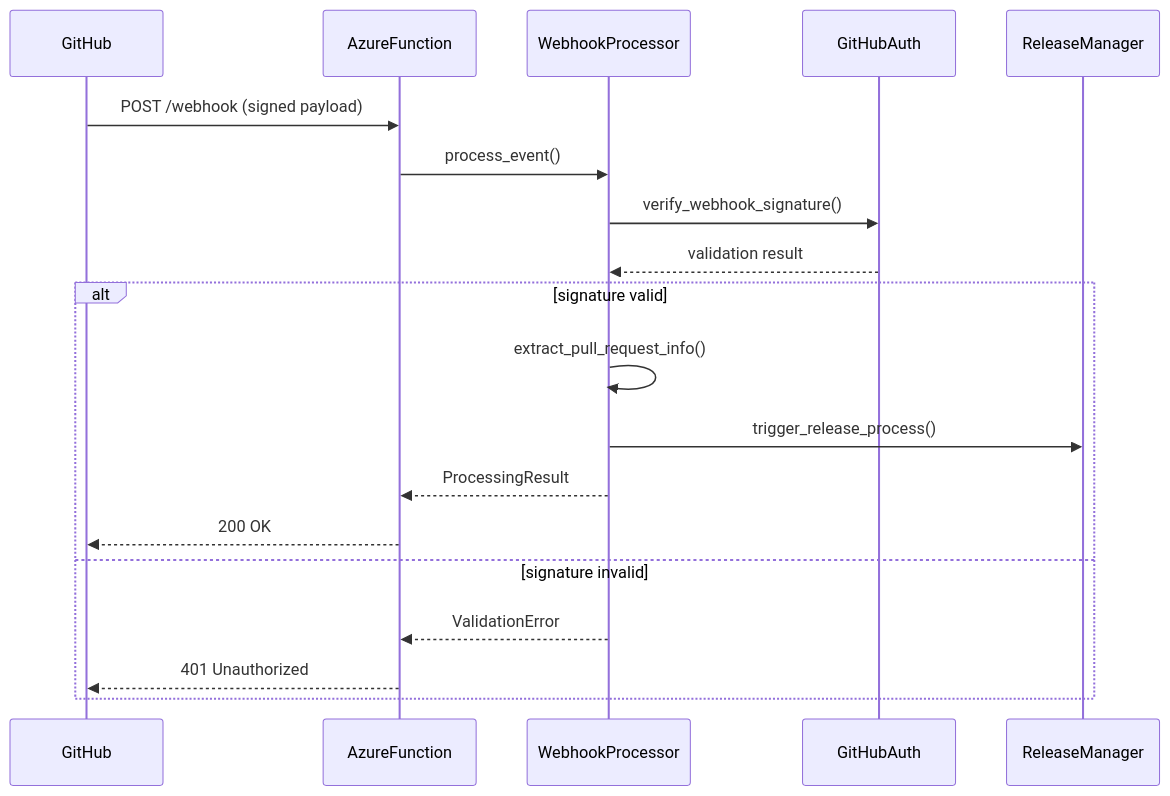
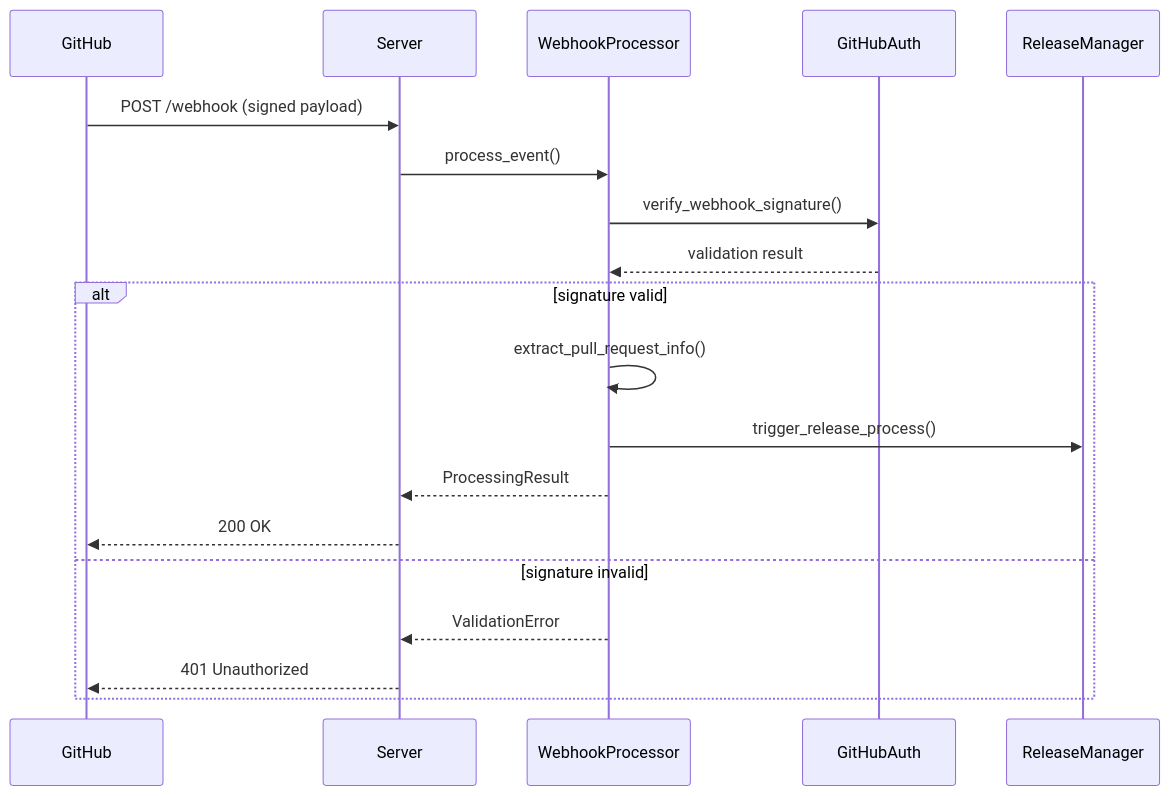
Before and after one commit to pvandervelde/release_regent: the diagram in docs/webhook-integration.md, drawn with Mermaid. The commit also changed 2 other files, not shown here.

Commit message:
docs(server): fix remaining Azure Function references missed in rename
Address PR review comments:
- webhook-integration.md: rename Mermaid diagram participants from
  AzureFunction to Server throughout the sequence diagram
- README.md: update 'Azure Functions Integration' feature bullet,
  Publication Model note, and In Progress roadmap entry to reflect
  server/HTTP server naming
- ci.yml: update commented deploy block description, step name, and
  binary reference from az_handler to rr-server

(auto via agent)

````diff
--- a/docs/webhook-integration.md
+++ b/docs/webhook-integration.md
@@ -24,23 +24,23 @@
 ```mermaid
 sequenceDiagram
     participant GitHub
-    participant AzureFunction
+    participant Server
     participant WebhookProcessor
     participant GitHubAuth
     participant ReleaseManager
 
-    GitHub->>AzureFunction: POST /webhook (signed payload)
-    AzureFunction->>WebhookProcessor: process_event()
+    GitHub->>Server: POST /webhook (signed payload)
+    Server->>WebhookProcessor: process_event()
     WebhookProcessor->>GitHubAuth: verify_webhook_signature()
     GitHubAuth-->>WebhookProcessor: validation result
 
     alt signature valid
         WebhookProcessor->>WebhookProcessor: extract_pull_request_info()
         WebhookProcessor->>ReleaseManager: trigger_release_process()
-        WebhookProcessor-->>AzureFunction: ProcessingResult
-        AzureFunction-->>GitHub: 200 OK
+        WebhookProcessor-->>Server: ProcessingResult
+        Server-->>GitHub: 200 OK
     else signature invalid
-        WebhookProcessor-->>AzureFunction: ValidationError
-        AzureFunction-->>GitHub: 401 Unauthorized
+        WebhookProcessor-->>Server: ValidationError
+        Server-->>GitHub: 401 Unauthorized
     end
 ```
````
